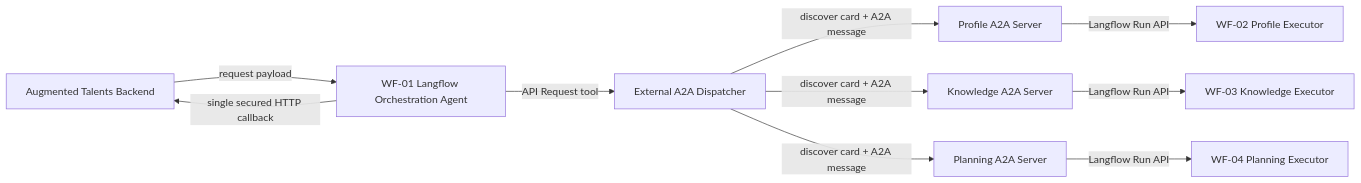
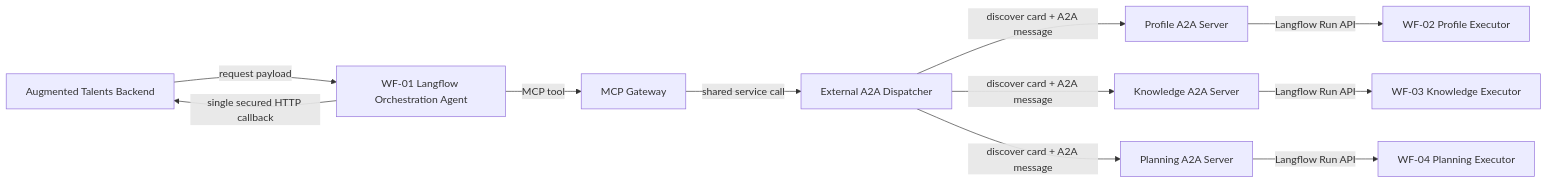
Before and after one commit to TimmyChan99/HR-Onboarding-A2A: the diagram in docs/architecture.md, drawn with Mermaid. The commit also changed other lines of this file and 12 other files, not shown here.

Commit message:
Add mcp sever dispatcher

````diff
--- a/docs/architecture.md
+++ b/docs/architecture.md
@@ -3,12 +3,13 @@
 ```mermaid
 flowchart LR
     B[Augmented Talents Backend] -->|request payload| O[WF-01 Langflow Orchestration Agent]
-    O -->|API Request tool| D[External A2A Dispatcher]
+    O -->|MCP tool| M[MCP Gateway]
+    M -->|shared service call| D[External A2A Dispatcher]
     D -->|discover card + A2A message| PA[Profile A2A Server]
     D -->|discover card + A2A message| KA[Knowledge A2A Server]
     D -->|discover card + A2A message| PLA[Planning A2A Server]
     PA -->|Langflow Run API| PF[WF-02 Profile Executor]
     KA -->|Langflow Run API| KF[WF-03 Knowledge Executor]
     PLA -->|Langflow Run API| PLF[WF-04 Planning Executor]
     O -->|single secured HTTP callback| B
 ```
````
